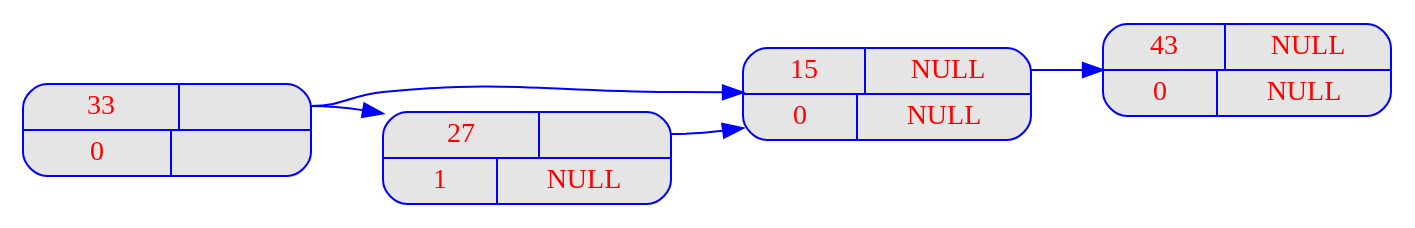
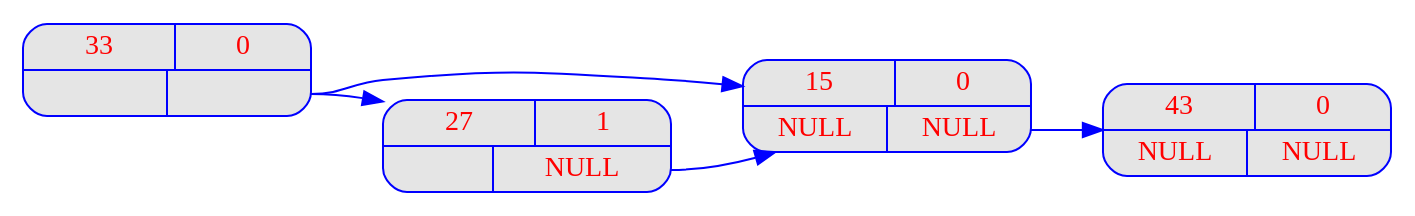
Before and after one commit to BrunoZimmer/CentraleLille-FilRouge-2021: the diagram in Exerc1/Output/Image4.dot, drawn with Graphviz. The commit also changed 10 other files, not shown here.

```diff
--- a/Exerc1/Output/Image4.dot
+++ b/Exerc1/Output/Image4.dot
@@ -1,33 +1,32 @@
 digraph liste { 
 graph [ 
 	rankdir = "LR" 
 ] 
 
 node [ 
 	fontname = "Arial bold"
 	fontsize = "14" 
 	fontcolor = "red" 
 	style = "rounded, filled" 
 	shape = "record" 
 	fillcolor = "grey90" 
 	color = "blue" 
 	width = "2" 
 ] 
 
 edge [ 
 	color = "blue" 
 ] 
 
 
-"ID_0005" [label = "{<elt> 43  | <next> NULL}|{<facteur> 0 | <next> NULL}"];
-"ID_0003" [label = "{<elt> 36  | <next> NULL}|{<facteur> -1 | <next>}"];
+"ID_0005" [label = "{<elt> 43  | <> 0 } |{<nextL> NULL | <next> NULL}"];
+"ID_0003" [label = "{<elt> 36  | <> -1 } |{<nextL> NULL | <next> }"];
 "ID_0003" : next -> "ID_0005";
-"ID_0003" [label = "{<elt> 15  | <next> NULL}|{<facteur> 0 | <next> NULL}"];
-"ID_0002" [label = "{<elt> 27  | <next> }|{<facteur> 1 | <next> NULL}"];
+"ID_0003" [label = "{<elt> 15  | <> 0 } |{<nextL> NULL | <next> NULL}"];
+"ID_0002" [label = "{<elt> 27  | <> 1 } |{<nextL>  | <next> NULL }"];
 "ID_0002" : next -> "ID_0003";
-"ID_0001" [label = "{<elt> 33  | <next> }|{<facteur> 0 | <next>}"];
+"ID_0001" [label = "{<elt> 33  | <> 0 } |{<nextL>  | <next> }"];
 "ID_0001" : next -> "ID_0002";
 "ID_0001" : next -> "ID_0003";
 
-
 }
```
